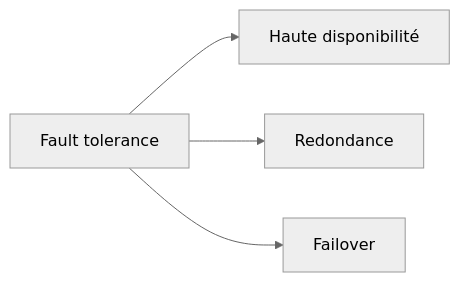
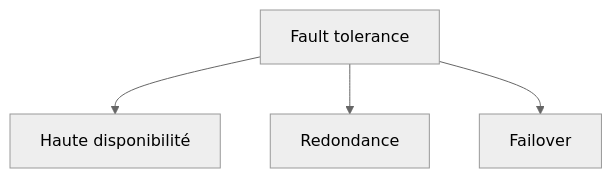
Before and after one commit to zyrass/omnydocs: diagram 12 of 31 in docs/glossaire/cloud-computing.md, drawn with Mermaid (neutral theme). The commit also changed other lines of this file and 1780 other files, not shown here.

````diff
--- a/docs/glossaire/cloud-computing.md
+++ b/docs/glossaire/cloud-computing.md
@@ -243,6 +293,6 @@
-    ```mermaid
-    graph LR
-        A[Fault tolerance] --> B[Haute disponibilité]
-        A --> C[Redondance]
-        A --> D[Failover]
-    ```
+```mermaid
+graph TB
+    A[Fault tolerance] --> B[Haute disponibilité]
+    A --> C[Redondance]
+    A --> D[Failover]
+```
````
